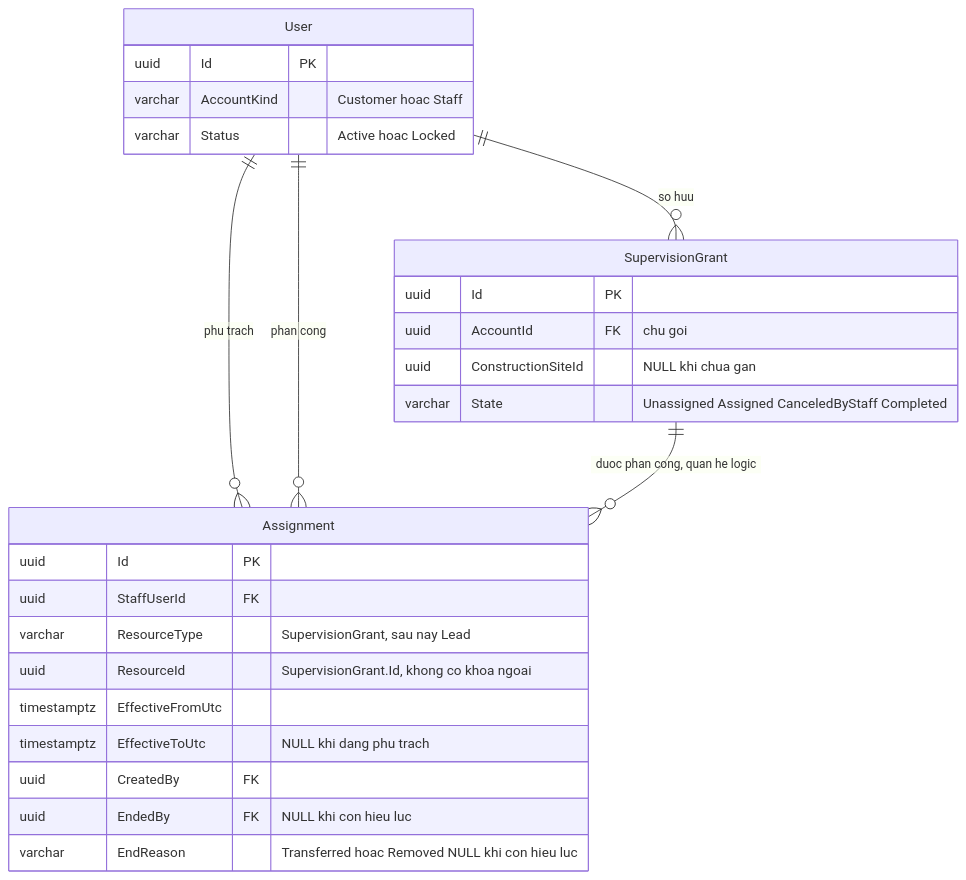
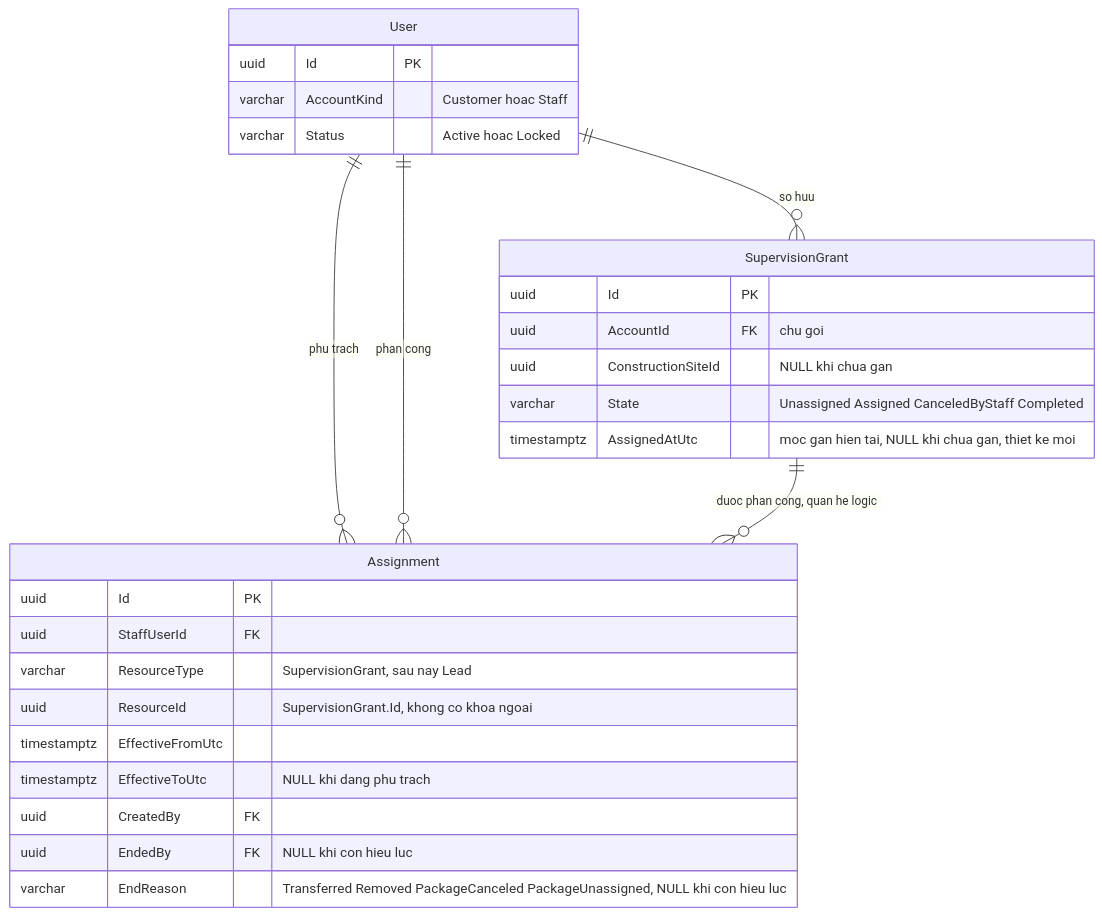
One commit to TaskCoper/bmt-documentation changed the fifth of 5 diagrams in tdd/TDD-RBAC-003.md. Above: the diagram before and after it, drawn with Mermaid. The commit also changed other lines of this file and 190 other files, not shown here.

````diff
--- a/tdd/TDD-RBAC-003.md
+++ b/tdd/TDD-RBAC-003.md
@@ -440,29 +489,30 @@
 ```mermaid
 erDiagram
     User {
         uuid Id PK
         varchar AccountKind "Customer hoac Staff"
         varchar Status "Active hoac Locked"
     }
     SupervisionGrant {
         uuid Id PK
         uuid AccountId FK "chu goi"
         uuid ConstructionSiteId "NULL khi chua gan"
         varchar State "Unassigned Assigned CanceledByStaff Completed"
+        timestamptz AssignedAtUtc "moc gan hien tai, NULL khi chua gan, thiet ke moi"
     }
     Assignment {
         uuid Id PK
         uuid StaffUserId FK
         varchar ResourceType "SupervisionGrant, sau nay Lead"
         uuid ResourceId "SupervisionGrant.Id, khong co khoa ngoai"
         timestamptz EffectiveFromUtc
         timestamptz EffectiveToUtc "NULL khi dang phu trach"
         uuid CreatedBy FK
         uuid EndedBy FK "NULL khi con hieu luc"
-        varchar EndReason "Transferred hoac Removed NULL khi con hieu luc"
+        varchar EndReason "Transferred Removed PackageCanceled PackageUnassigned, NULL khi con hieu luc"
     }
     User ||--o{ Assignment : "phu trach"
     User ||--o{ Assignment : "phan cong"
     User ||--o{ SupervisionGrant : "so huu"
     SupervisionGrant ||--o{ Assignment : "duoc phan cong, quan he logic"
 ```
````
